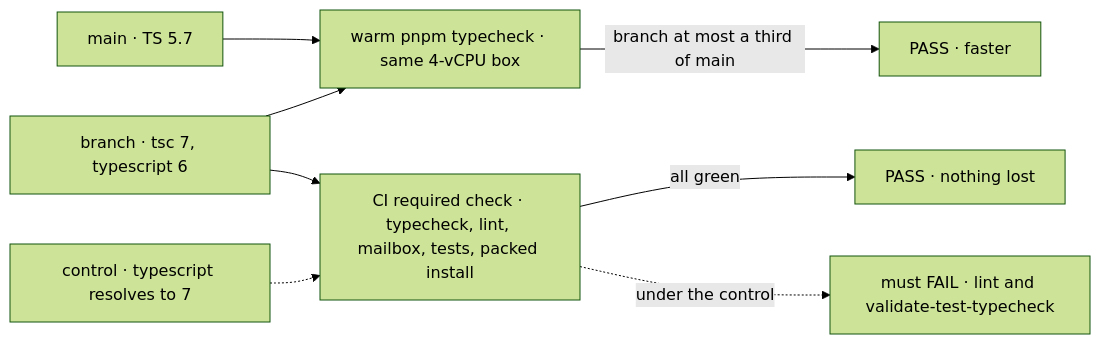
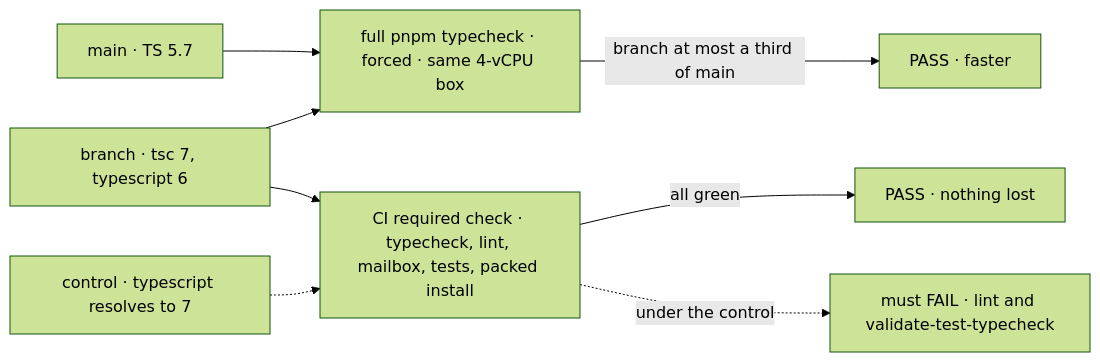
The first of 2 diagrams in specs/issues/FIX-2067/SPEC.md (fixpoint-labs/flow-state-dev), drawn with Mermaid (forest theme) before and after one commit. The commit also changed other lines of this file and 5 other files, not shown here.

````diff
--- a/specs/issues/FIX-2067/SPEC.md
+++ b/specs/issues/FIX-2067/SPEC.md
@@ -34,10 +37,10 @@
 ```mermaid
 flowchart LR
-  M["main · TS 5.7"] --> T["warm pnpm typecheck · same 4-vCPU box"]
+  M["main · TS 5.7"] --> T["full pnpm typecheck · forced · same 4-vCPU box"]
   B["branch · tsc 7, typescript 6"] --> T
   T -->|"branch at most a third of main"| P["PASS · faster"]
   B --> G["CI required check · typecheck, lint, mailbox, tests, packed install"]
   G -->|"all green"| Q["PASS · nothing lost"]
   C["control · typescript resolves to 7"] -.-> G
   G -.->|"under the control"| F["must FAIL · lint and validate-test-typecheck"]
 ```
````
